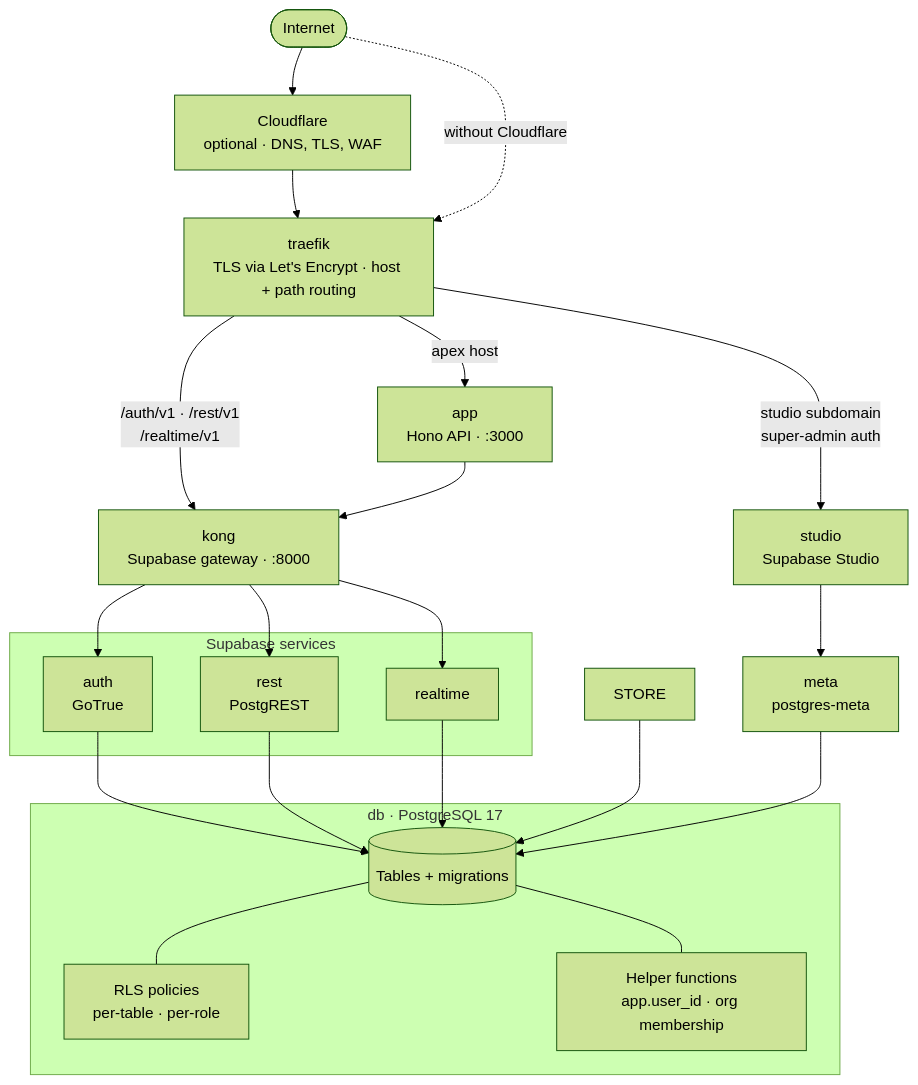
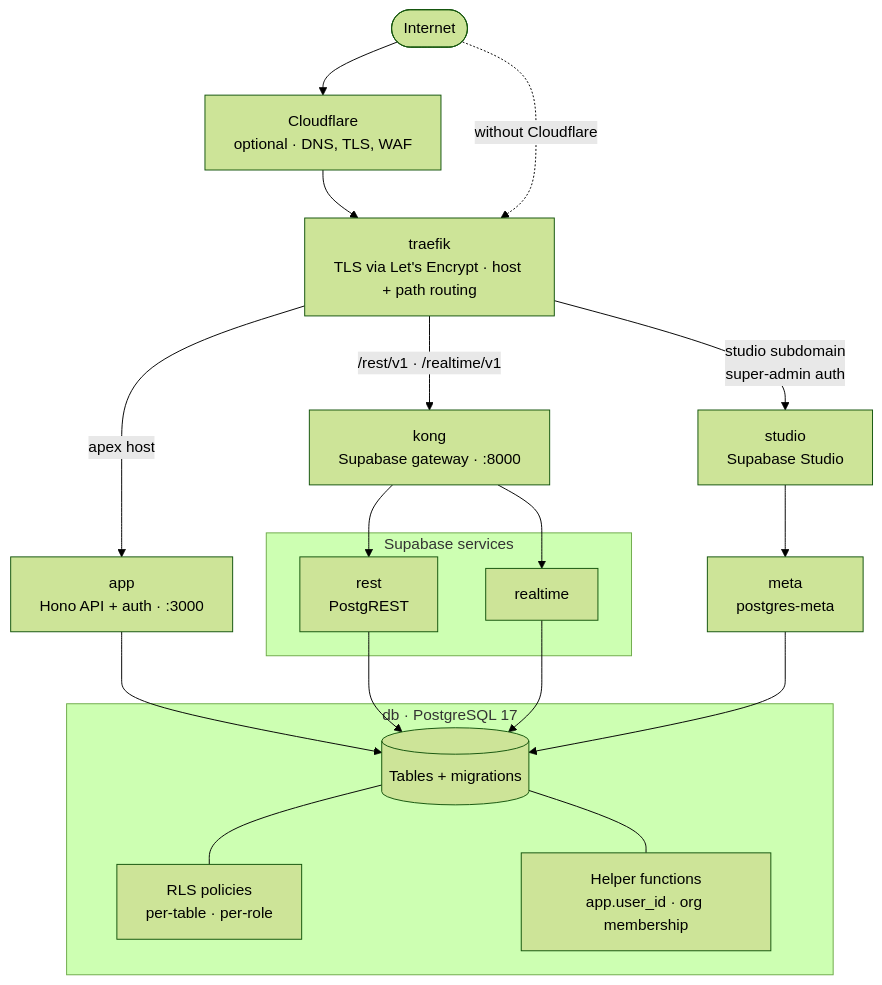
The diagram in carbon/README.md (hyperformant/vibecarbon), drawn with Mermaid (forest theme) before and after one commit. The commit also changed other lines of this file and 79 other files, not shown here.

````diff
--- a/carbon/README.md
+++ b/carbon/README.md
@@ -42,41 +42,36 @@
 ```mermaid
 flowchart TD
     NET(["Internet"])
     CF["Cloudflare<br/>optional · DNS, TLS, WAF"]
     TR["traefik<br/>TLS via Let's Encrypt · host + path routing"]
 
     NET --> CF
     CF --> TR
     NET -.->|"without Cloudflare"| TR
 
-    TR -->|"apex host"| APP["app<br/>Hono API · :3000"]
-    TR -->|"/auth/v1 · /rest/v1<br/>/realtime/v1"| KONG["kong<br/>Supabase gateway · :8000"]
+    TR -->|"apex host"| APP["app<br/>Hono API + auth · :3000"]
+    TR -->|"/rest/v1 · /realtime/v1"| KONG["kong<br/>Supabase gateway · :8000"]
     TR -->|"studio subdomain<br/>super-admin auth"| STUDIO["studio<br/>Supabase Studio"]
 
-    APP --> KONG
-
     subgraph SUPA["Supabase services"]
-        AUTH["auth<br/>GoTrue"]
         REST["rest<br/>PostgREST"]
         RT["realtime"]
     end
 
-    KONG --> AUTH
     KONG --> REST
     KONG --> RT
     STUDIO --> META["meta<br/>postgres-meta"]
 
     subgraph PG["db · PostgreSQL 17"]
         DB[("Tables + migrations")]
         RLS["RLS policies<br/>per-table · per-role"]
         FN["Helper functions<br/>app.user_id · org membership"]
         DB --- RLS
         DB --- FN
     end
 
-    AUTH --> DB
+    APP --> DB
     REST --> DB
     RT --> DB
-    STORE --> DB
     META --> DB
 ```
````
